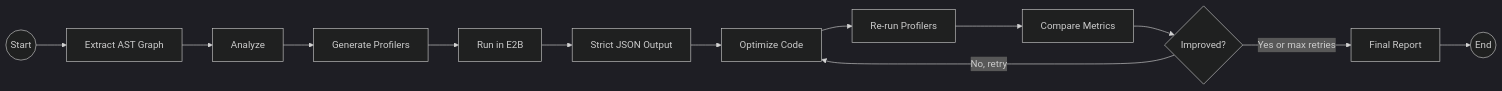
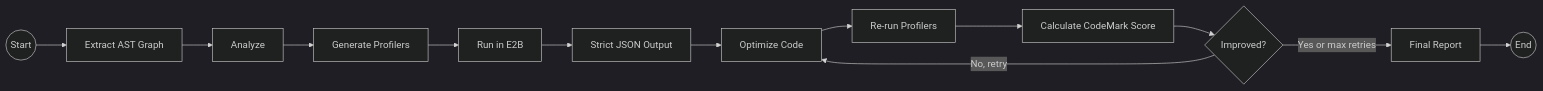
One commit to Cqctxs/genai-genisis changed the diagram in plan.md. Above: the diagram before and after it, drawn with Mermaid (dark theme). The commit also changed other lines of this file, not shown here.

````diff
--- a/plan.md
+++ b/plan.md
@@ -133,15 +178,15 @@
 ```mermaid
 graph LR
   Start((Start)) --> ParseAST[Extract AST Graph]
   ParseAST --> Analyze
   Analyze --> GenBench[Generate Profilers]
   GenBench --> RunBench[Run in E2B]
   RunBench --> Visualize[Strict JSON Output]
   Visualize --> Optimize[Optimize Code]
   Optimize --> ReRun[Re-run Profilers]
-  ReRun --> Compare[Compare Metrics]
+  ReRun --> Compare[Calculate CodeMark Score]
   Compare --> ShouldRetry{Improved?}
   ShouldRetry -->|No, retry| Optimize
   ShouldRetry -->|Yes or max retries| FinalReport[Final Report]
   FinalReport --> Done((End))
 ```
````
